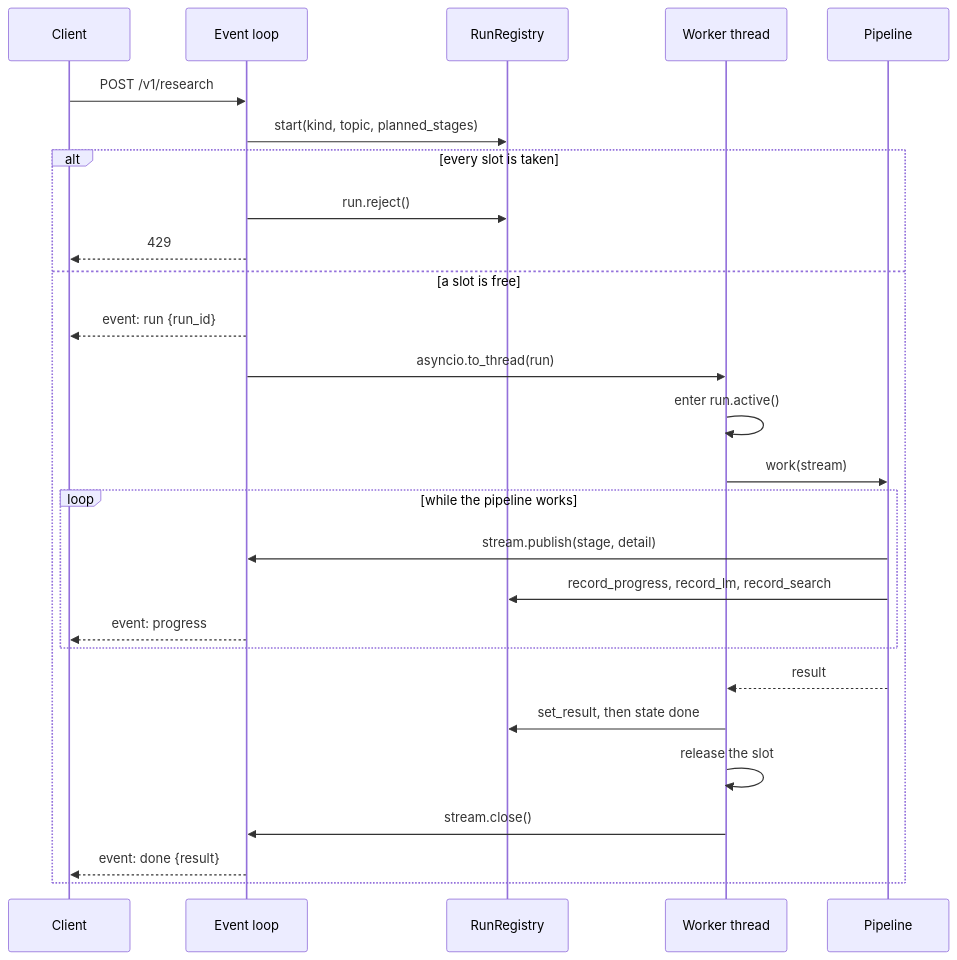
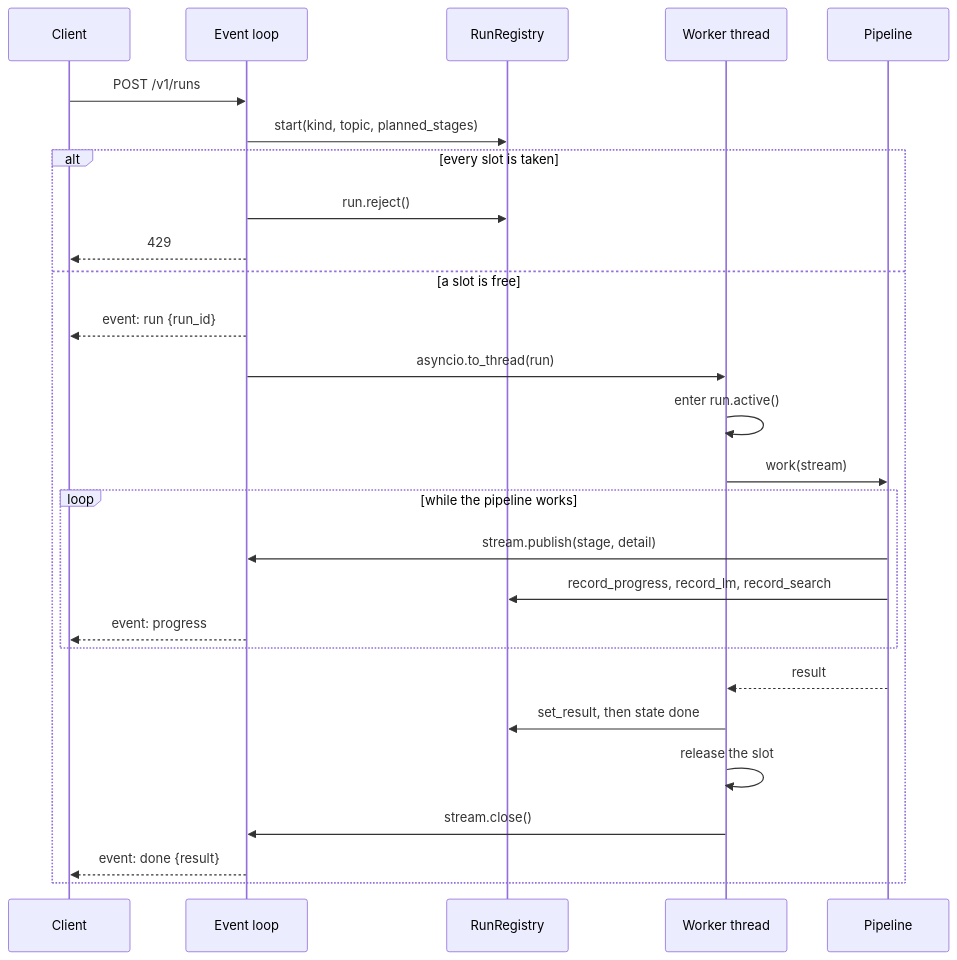
Before and after one commit to brewcoua/kvasir: the second of 6 diagrams in docs/architecture.md, drawn with Mermaid. The commit also changed other lines of this file and 33 other files, not shown here.

````diff
--- a/docs/architecture.md
+++ b/docs/architecture.md
@@ -92,30 +92,30 @@
 ```mermaid
 sequenceDiagram
     participant C as Client
     participant L as Event loop
     participant R as RunRegistry
     participant W as Worker thread
     participant P as Pipeline
 
-    C->>L: POST /v1/research
+    C->>L: POST /v1/runs
     L->>R: start(kind, topic, planned_stages)
     alt every slot is taken
         L->>R: run.reject()
         L-->>C: 429
     else a slot is free
         L-->>C: event: run {run_id}
         L->>W: asyncio.to_thread(run)
         W->>W: enter run.active()
         W->>P: work(stream)
         loop while the pipeline works
             P->>L: stream.publish(stage, detail)
             P->>R: record_progress, record_lm, record_search
             L-->>C: event: progress
         end
         P-->>W: result
         W->>R: set_result, then state done
         W->>W: release the slot
         W->>L: stream.close()
         L-->>C: event: done {result}
     end
 ```
````
